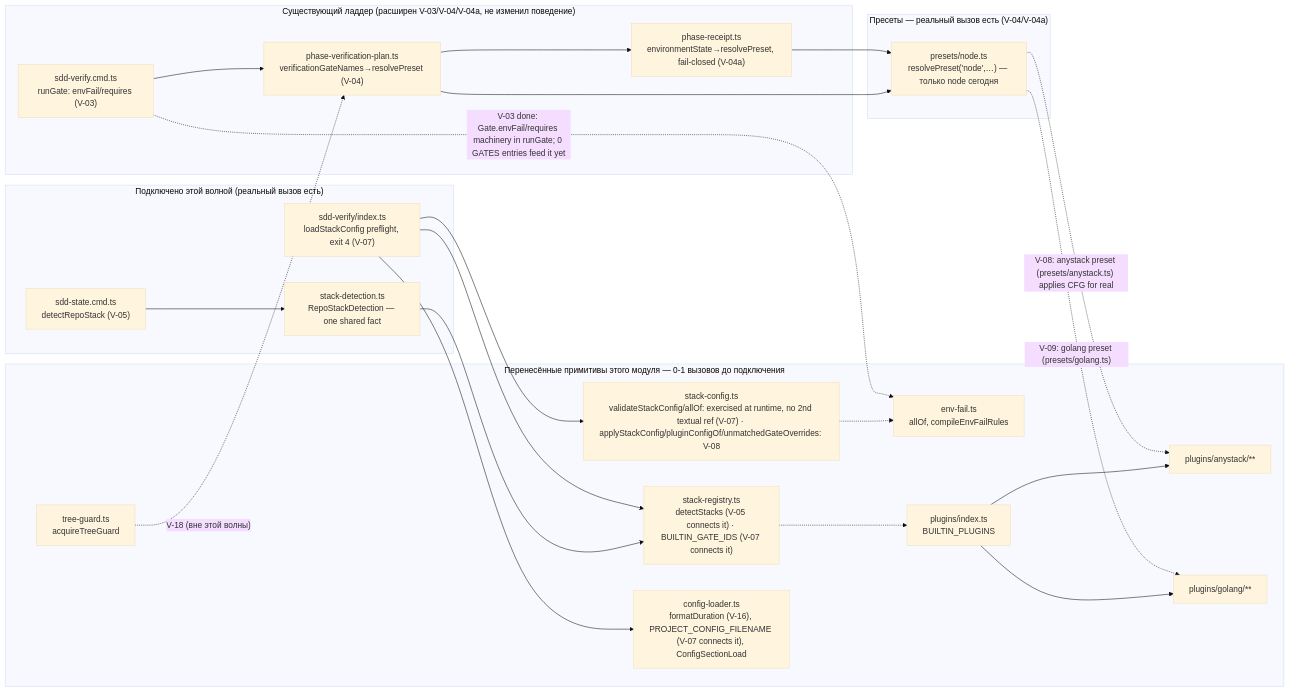
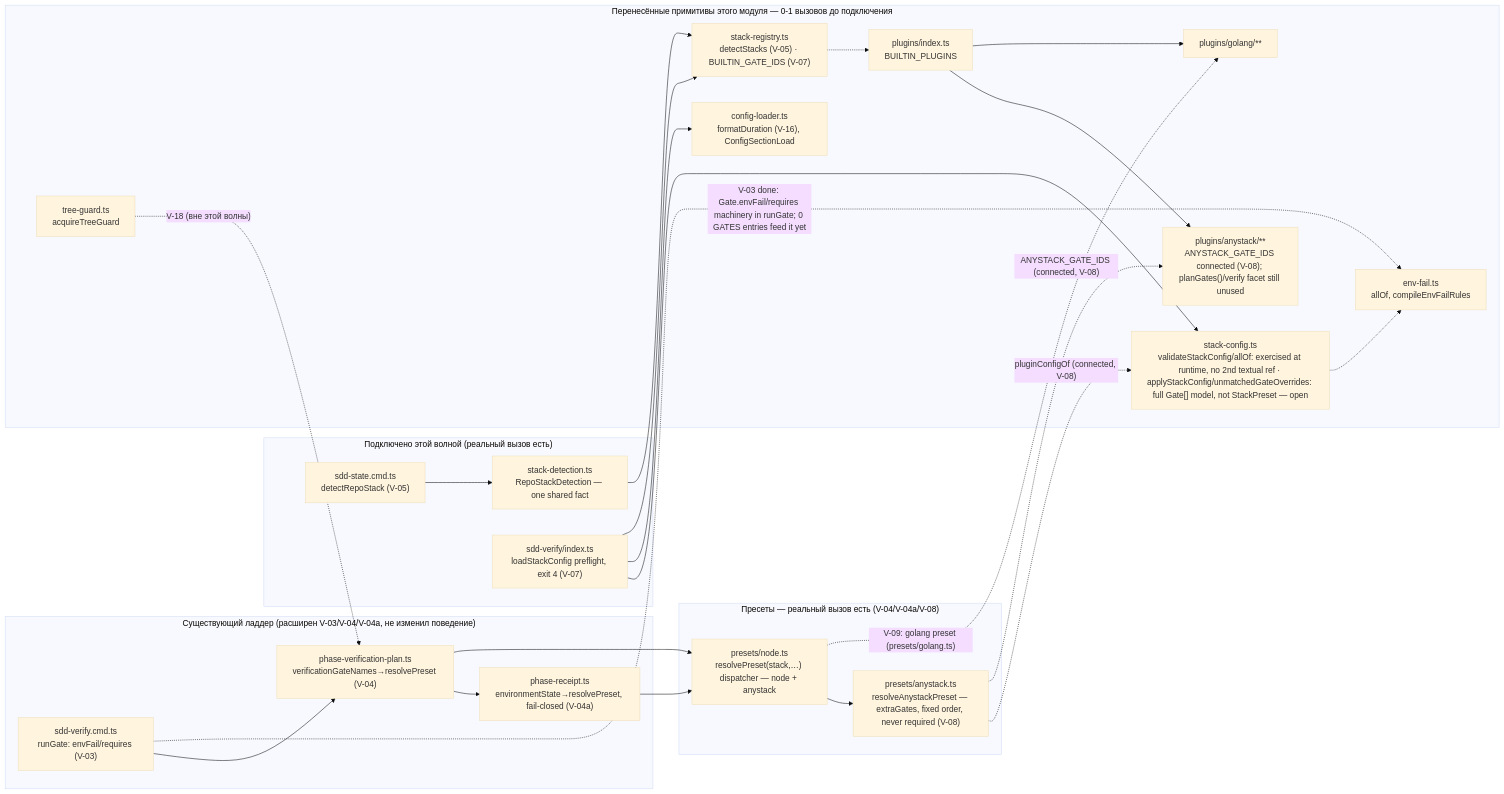
One commit to RubaXa/gennady changed the first of 2 diagrams in specs/cli/verify/verify.spec.md. Above: the diagram before and after it, drawn with Mermaid (base theme). The commit also changed other lines of this file and 5 other files, not shown here.

````diff
--- a/specs/cli/verify/verify.spec.md
+++ b/specs/cli/verify/verify.spec.md
@@ -27,45 +28,48 @@
 ```mermaid
 flowchart LR
   subgraph existing["Существующий ладдер (расширен V-03/V-04/V-04a, не изменил поведение)"]
     CMD["sdd-verify.cmd.ts\nrunGate: envFail/requires (V-03)"] --> PLAN["phase-verification-plan.ts\nverificationGateNames→resolvePreset (V-04)"]
     PLAN --> RCPT["phase-receipt.ts\nenvironmentState→resolvePreset, fail-closed (V-04a)"]
   end
 
-  subgraph presets["Пресеты — реальный вызов есть (V-04/V-04a)"]
-    NODE["presets/node.ts\nresolvePreset('node',…) — только node сегодня"]
+  subgraph presets["Пресеты — реальный вызов есть (V-04/V-04a/V-08)"]
+    NODE["presets/node.ts\nresolvePreset(stack,…) dispatcher — node + anystack"]
+    ANYP["presets/anystack.ts\nresolveAnystackPreset — extraGates, fixed order, never required (V-08)"]
   end
 
   subgraph connected["Подключено этой волной (реальный вызов есть)"]
     STATE["sdd-state.cmd.ts\ndetectRepoStack (V-05)"]
     SD["stack-detection.ts\nRepoStackDetection — one shared fact"]
     IDX["sdd-verify/index.ts\nloadStackConfig preflight, exit 4 (V-07)"]
   end
 
   subgraph ported["Перенесённые примитивы этого модуля — 0-1 вызовов до подключения"]
-    REG["stack-registry.ts\ndetectStacks (V-05 connects it) · BUILTIN_GATE_IDS (V-07 connects it)"]
-    CFG["stack-config.ts\nvalidateStackConfig/allOf: exercised at runtime, no 2nd textual ref (V-07) · applyStackConfig/pluginConfigOf/unmatchedGateOverrides: V-08"]
+    REG["stack-registry.ts\ndetectStacks (V-05) · BUILTIN_GATE_IDS (V-07)"]
+    CFG["stack-config.ts\nvalidateStackConfig/allOf: exercised at runtime, no 2nd textual ref · applyStackConfig/unmatchedGateOverrides: full Gate[] model, not StackPreset — open"]
     ENVF["env-fail.ts\nallOf, compileEnvFailRules"]
     TG["tree-guard.ts\nacquireTreeGuard"]
-    LOADER["config-loader.ts\nformatDuration (V-16), PROJECT_CONFIG_FILENAME (V-07 connects it), ConfigSectionLoad"]
+    LOADER["config-loader.ts\nformatDuration (V-16), ConfigSectionLoad"]
     PLUGINS["plugins/index.ts\nBUILTIN_PLUGINS"]
-    ANY["plugins/anystack/**"]
+    ANY["plugins/anystack/**\nANYSTACK_GATE_IDS connected (V-08); planGates()/verify facet still unused"]
     GO["plugins/golang/**"]
   end
 
   PLAN --> NODE
   RCPT --> NODE
+  NODE --> ANYP
+  ANYP -. "pluginConfigOf (connected, V-08)" .-> CFG
+  ANYP -. "ANYSTACK_GATE_IDS (connected, V-08)" .-> ANY
   PLUGINS --> ANY
   PLUGINS --> GO
   CFG -.-> ENVF
   REG -.-> PLUGINS
   STATE --> SD
   SD --> REG
   IDX --> CFG
   IDX --> LOADER
   IDX --> REG
 
   CMD -. "V-03 done: Gate.envFail/requires machinery in runGate; 0 GATES entries feed it yet" .-> ENVF
-  NODE -. "V-08: anystack preset (presets/anystack.ts) applies CFG for real" .-> ANY
   NODE -. "V-09: golang preset (presets/golang.ts)" .-> GO
   TG -. "V-18 (вне этой волны)" .-> PLAN
 ```
````
